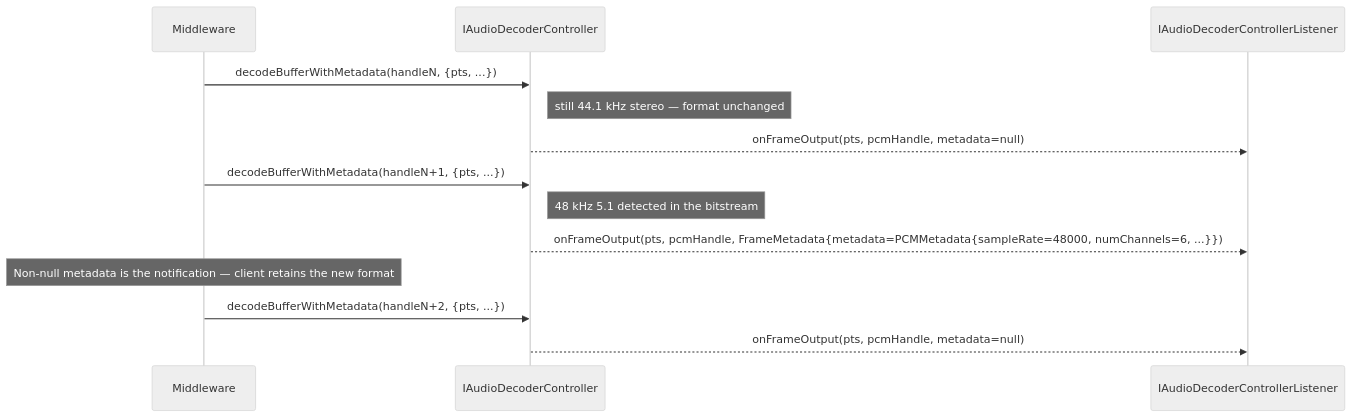
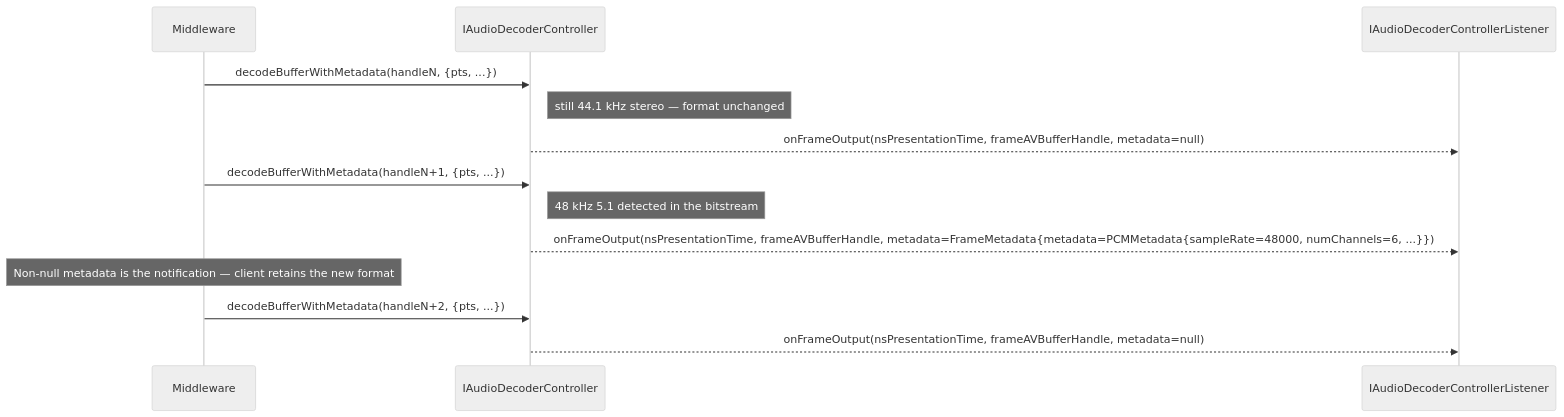
The third of 4 diagrams in audiodecoder/current/docs/audio_decoder.md (rdkcentral/rdk-halif-aidl), drawn with Mermaid (neutral theme) before and after one commit. The commit also changed other lines of this file and 1 other file, not shown here.

Commit message:
docs(audiodecoder): complete the metadata-delivery rule and align diagram labels
Frame metadata is delivered on the first frame after start(), the first
after flush(), and on change - not only on change. The earlier wording
stated just the third case, which contradicted audio_decoder.md:288.

Diagram now uses the real listener parameter labels consistently on every
onFrameOutput() call.

Raised by Copilot review.

````diff
--- a/audiodecoder/current/docs/audio_decoder.md
+++ b/audiodecoder/current/docs/audio_decoder.md
@@ -326,15 +326,15 @@
 ```mermaid
 sequenceDiagram
     participant MW as Middleware
     participant Dec as IAudioDecoderController
     participant Listener as IAudioDecoderControllerListener
     MW->>Dec: decodeBufferWithMetadata(handleN, {pts, ...})
     Note right of Dec: still 44.1 kHz stereo — format unchanged
-    Dec-->>Listener: onFrameOutput(pts, pcmHandle, metadata=null)
+    Dec-->>Listener: onFrameOutput(nsPresentationTime, frameAVBufferHandle, metadata=null)
     MW->>Dec: decodeBufferWithMetadata(handleN+1, {pts, ...})
     Note right of Dec: 48 kHz 5.1 detected in the bitstream
-    Dec-->>Listener: onFrameOutput(pts, pcmHandle, FrameMetadata{metadata=PCMMetadata{sampleRate=48000, numChannels=6, ...}})
+    Dec-->>Listener: onFrameOutput(nsPresentationTime, frameAVBufferHandle, metadata=FrameMetadata{metadata=PCMMetadata{sampleRate=48000, numChannels=6, ...}})
     Note over MW: Non-null metadata is the notification — client retains the new format
     MW->>Dec: decodeBufferWithMetadata(handleN+2, {pts, ...})
-    Dec-->>Listener: onFrameOutput(pts, pcmHandle, metadata=null)
+    Dec-->>Listener: onFrameOutput(nsPresentationTime, frameAVBufferHandle, metadata=null)
 ```
````
